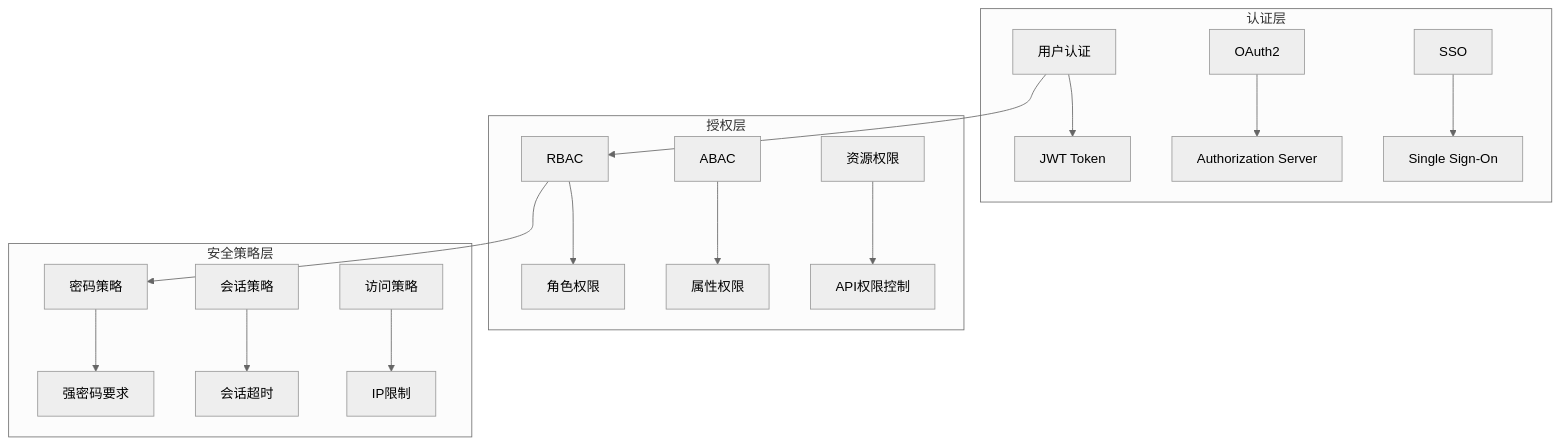
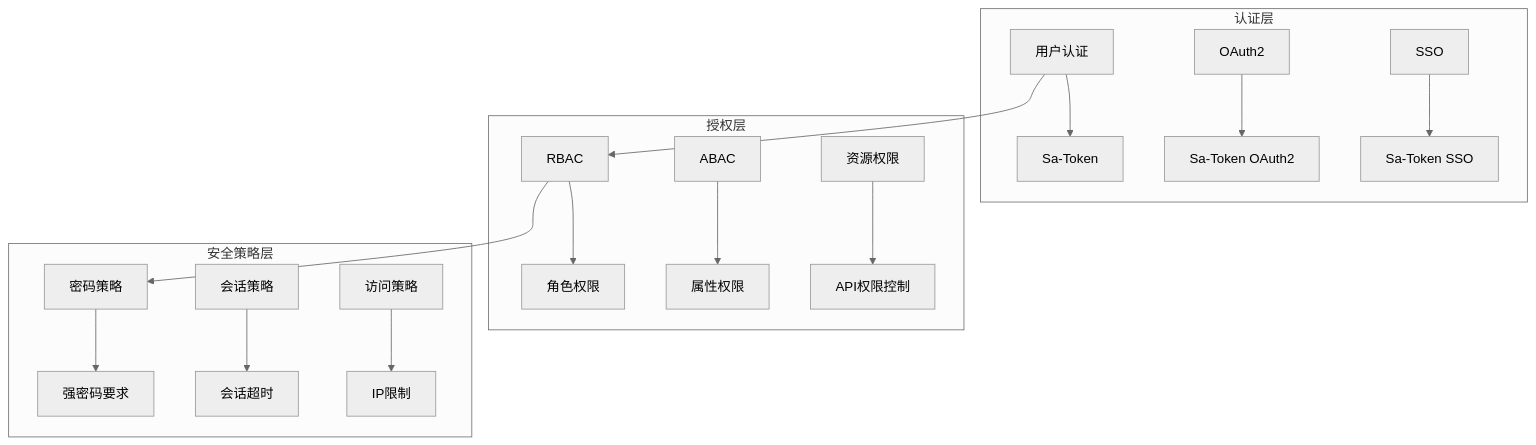
One commit to ylzyd12345/springboot-study changed the third of 5 diagrams in docs/01-规划设计层/04-技术架构设计.md. Above: the diagram before and after it, drawn with Mermaid (neutral theme). The commit also changed other lines of this file and 60 other files, not shown here.

````diff
--- a/docs/01-规划设计层/04-技术架构设计.md
+++ b/docs/01-规划设计层/04-技术架构设计.md
@@ -573,23 +578,23 @@
 ```mermaid
 graph TB
     subgraph "认证层"
-        A1[用户认证] --> A2[JWT Token]
-        A3[OAuth2] --> A4[Authorization Server]
-        A5[SSO] --> A6[Single Sign-On]
+        A1[用户认证] --> A2[Sa-Token]
+        A3[OAuth2] --> A4[Sa-Token OAuth2]
+        A5[SSO] --> A6[Sa-Token SSO]
     end
     
     subgraph "授权层"
         B1[RBAC] --> B2[角色权限]
         B3[ABAC] --> B4[属性权限]
         B5[资源权限] --> B6[API权限控制]
     end
     
     subgraph "安全策略层"
         C1[密码策略] --> C2[强密码要求]
         C3[会话策略] --> C4[会话超时]
         C5[访问策略] --> C6[IP限制]
     end
     
     A1 --> B1
     B1 --> C1
 ```
````
